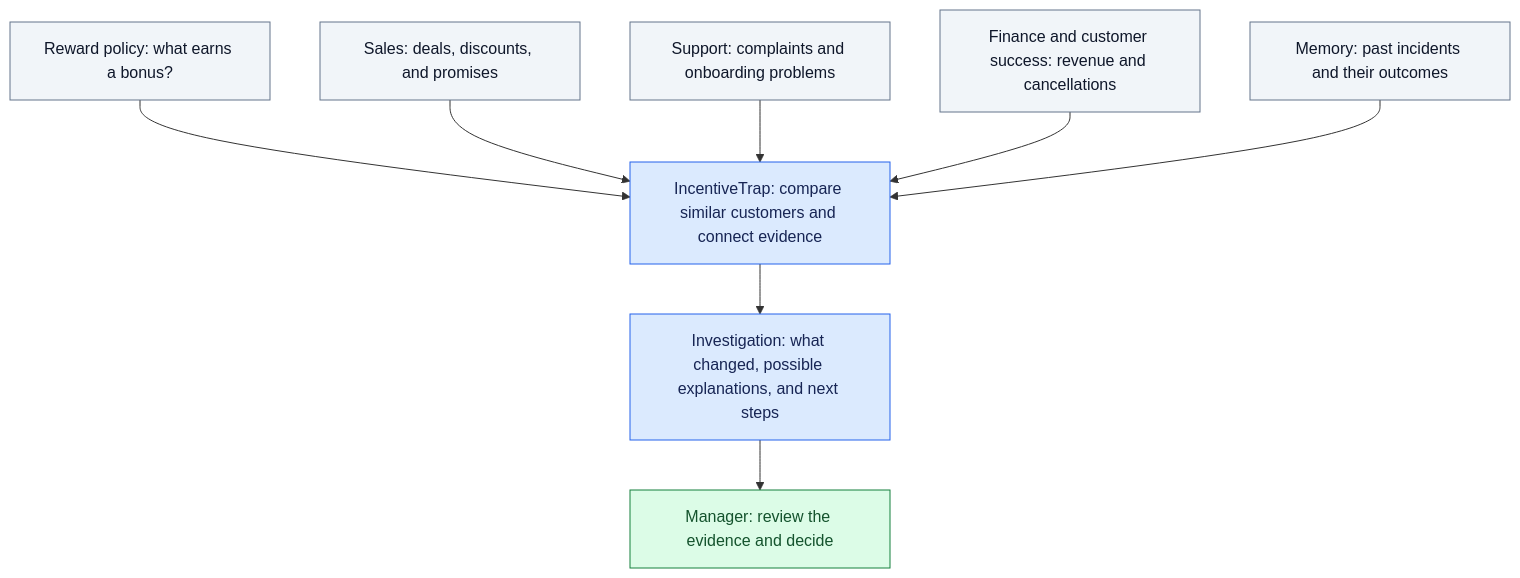
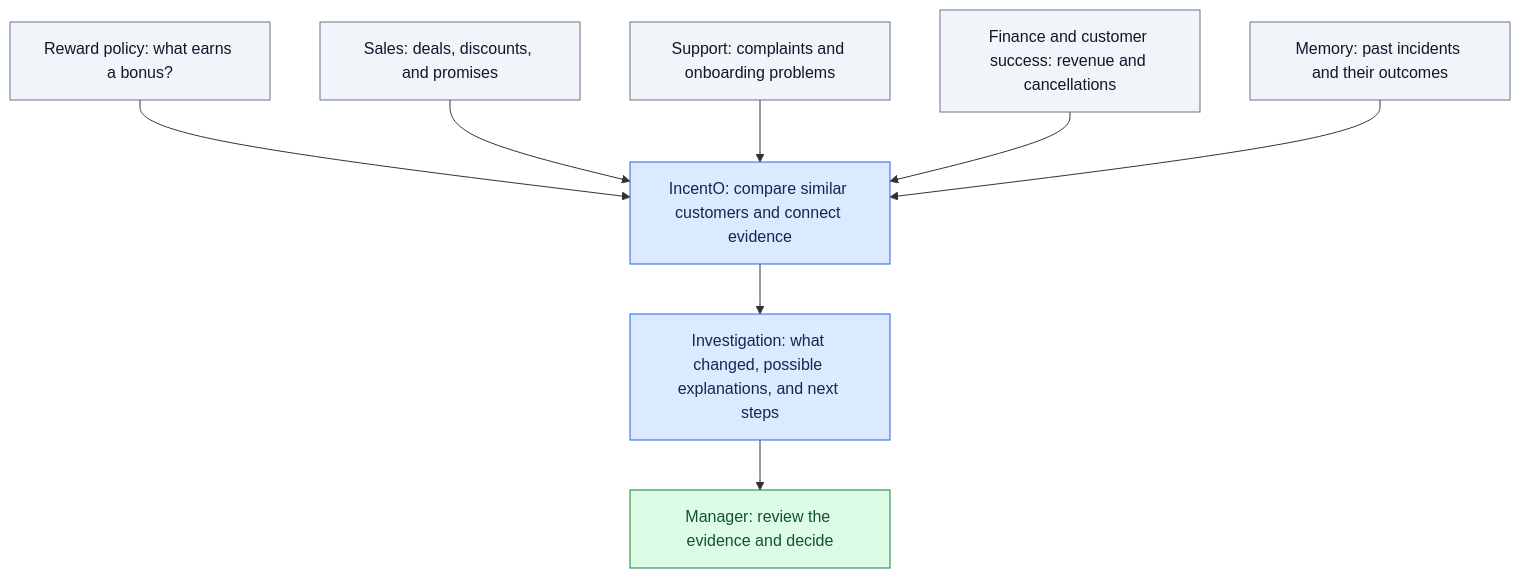
Before and after one commit to deveshj-30/IncentO: the second of 3 diagrams in matka.md, drawn with Mermaid. The commit also changed other lines of this file and 16 other files, not shown here.

````diff
--- a/matka.md
+++ b/matka.md
@@ -45,17 +45,17 @@
 ```mermaid
 flowchart TD
     P["Reward policy: what earns a bonus?"] --> I
     S["Sales: deals, discounts, and promises"] --> I
     C["Support: complaints and onboarding problems"] --> I
     F["Finance and customer success: revenue and cancellations"] --> I
     M["Memory: past incidents and their outcomes"] --> I
-    I["IncentiveTrap: compare similar customers and connect evidence"] --> W
+    I["IncentO: compare similar customers and connect evidence"] --> W
     W["Investigation: what changed, possible explanations, and next steps"] --> H
     H["Manager: review the evidence and decide"]
     classDef evidence fill:#f1f5f9,stroke:#64748b,color:#0f172a;
     classDef analysis fill:#dbeafe,stroke:#2563eb,color:#172554;
     classDef human fill:#dcfce7,stroke:#15803d,color:#14532d;
     class P,S,C,F,M evidence;
     class I,W analysis;
     class H human;
 ```
````
